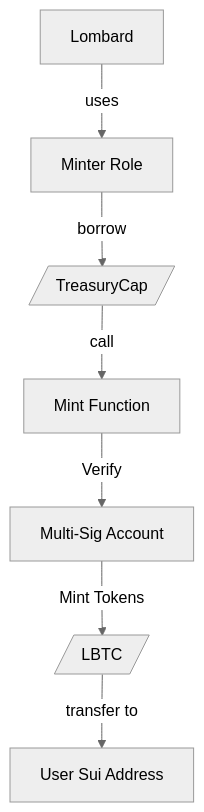
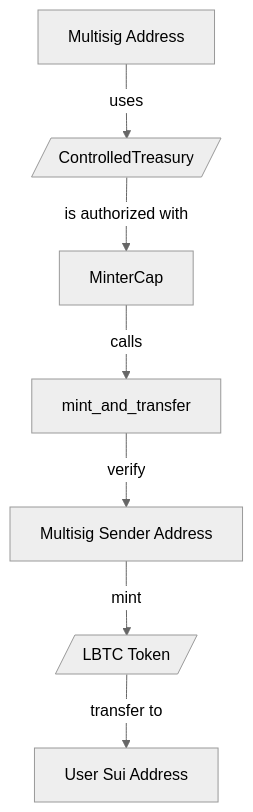
Before and after one commit to lombard-finance/sui-move-contracts: the diagram in docs/flowcharts/minting-flowchart.md, drawn with Mermaid (neutral theme). The commit also changed 2 other files, not shown here.

Commit message:
Update flowcharts with Controlled Treasury

````diff
--- a/docs/flowcharts/minting-flowchart.md
+++ b/docs/flowcharts/minting-flowchart.md
@@ -1,9 +1,9 @@
 ```mermaid
 flowchart TD
-    L[Lombard] --> |uses| MR[ Minter Role ]
-    MR --> |borrow| TC[/TreasuryCap/]
-    TC --> |call| MF[Mint Function]
-    MF --> |Verify| MS[Multi-Sig Account] 
-	  MS --> |Mint Tokens| LBTC[/LBTC/]
-	  LBTC --> |transfer to| UR[User Sui Address]
+    L[Multisig Address] --> |uses| CT[/ControlledTreasury/]
+    CT --> |is authorized with| MC[MinterCap]
+    MC --> |calls| MF[mint_and_transfer]
+    MF --> |verify| MS[Multisig Sender Address]
+    MS --> |mint| LBTC[/LBTC Token/]
+    LBTC --> |transfer to| UR[User Sui Address]
 ```
````
